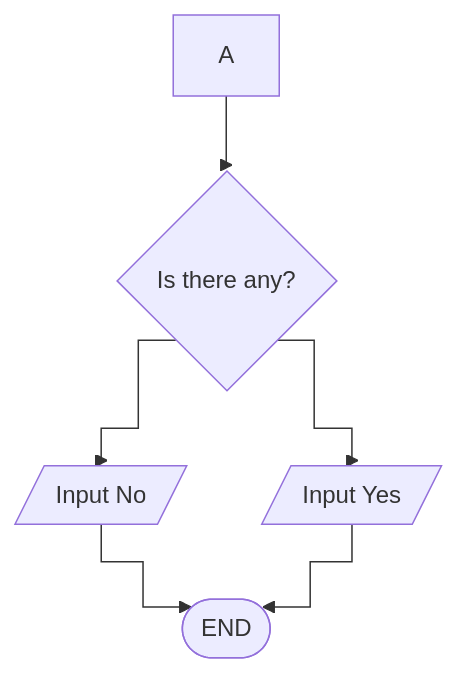
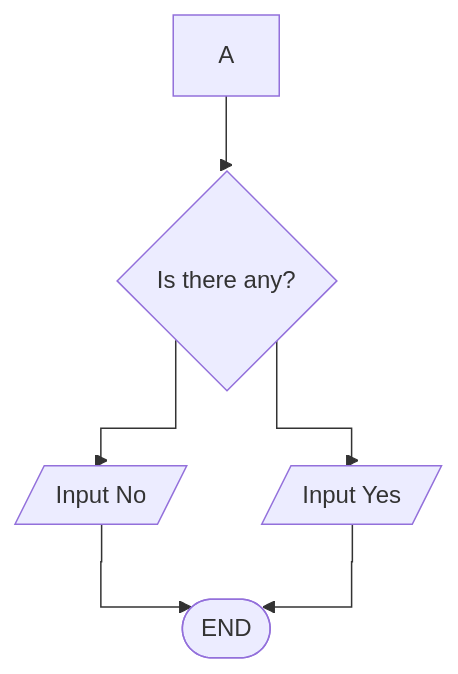
The diagram in mermaid.md (Quebada-1CPE-A/Computer-Engineering-Shenanigans), drawn with Mermaid before and after one commit.

````diff
--- a/mermaid.md
+++ b/mermaid.md
@@ -1,9 +1,9 @@
 ```mermaid
-%%{ init: {'flowchart" : {'curve': 'step'}}}%%
+%%{ init: {'flowchart" : {'curve': 'stepBefore'}}}%%
 flowchart TD
     A --> B{Is there any?}
     B --> C[/Input Yes/]
     B --> D[/Input No/]
     D --> E([END])
     C --> E 
 ```
````
